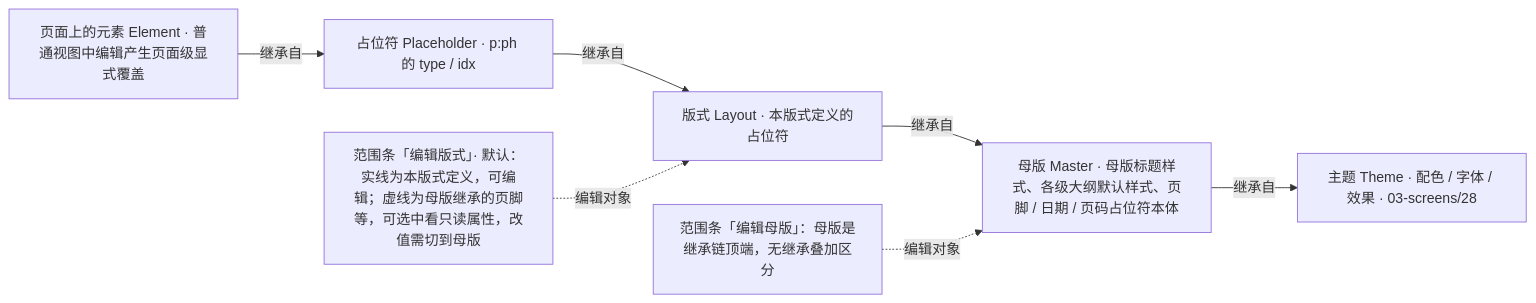
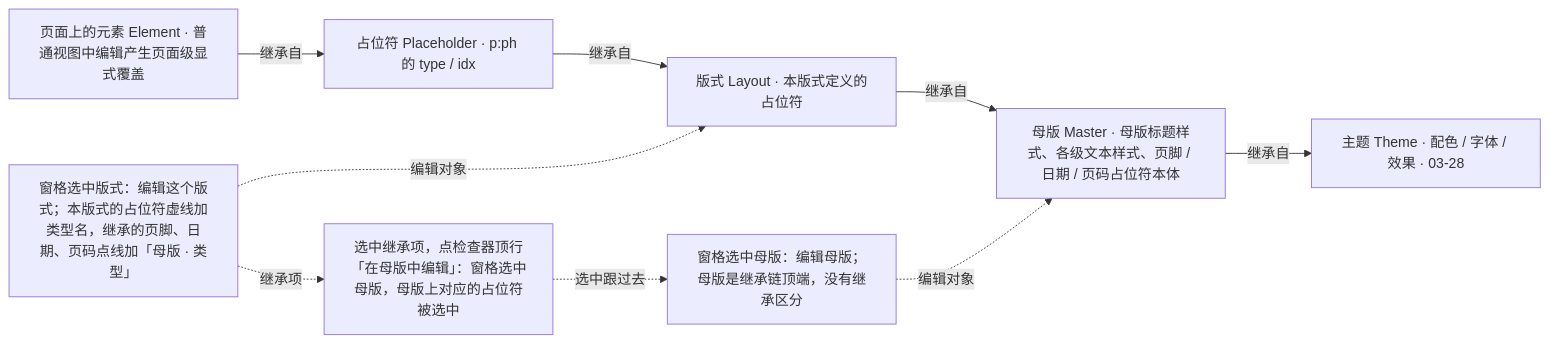
Before and after one commit to Xeonice/cordis-ppt-editor: the second of 3 diagrams in docs/20-design/03-screens/26-master-view-and-editing.md, drawn with Mermaid. The commit also changed other lines of this file and 44 other files, not shown here.

````diff
--- a/docs/20-design/03-screens/26-master-view-and-editing.md
+++ b/docs/20-design/03-screens/26-master-view-and-editing.md
@@ -152,13 +272,16 @@
 ```mermaid
 flowchart LR
   el["页面上的元素 Element · 普通视图中编辑产生页面级显式覆盖"]
   ph["占位符 Placeholder · p:ph 的 type / idx"]
   lay["版式 Layout · 本版式定义的占位符"]
-  mas["母版 Master · 母版标题样式、各级大纲默认样式、页脚 / 日期 / 页码占位符本体"]
-  thm["主题 Theme · 配色 / 字体 / 效果 · 03-screens/28"]
-  scopeL["范围条「编辑版式」· 默认：实线为本版式定义，可编辑；虚线为母版继承的页脚等，可选中看只读属性，改值需切到母版"]
-  scopeM["范围条「编辑母版」：母版是继承链顶端，无继承叠加区分"]
+  mas["母版 Master · 母版标题样式、各级文本样式、页脚 / 日期 / 页码占位符本体"]
+  thm["主题 Theme · 配色 / 字体 / 效果 · 03-28"]
+  pickL["窗格选中版式：编辑这个版式；本版式的占位符虚线加类型名，继承的页脚、日期、页码点线加「母版 · 类型」"]
+  pickM["窗格选中母版：编辑母版；母版是继承链顶端，没有继承区分"]
+  inh["选中继承项，点检查器顶行「在母版中编辑」：窗格选中母版，母版上对应的占位符被选中"]
   el -->|"继承自"| ph -->|"继承自"| lay -->|"继承自"| mas -->|"继承自"| thm
-  scopeL -.->|"编辑对象"| lay
-  scopeM -.->|"编辑对象"| mas
+  pickL -.->|"编辑对象"| lay
+  pickM -.->|"编辑对象"| mas
+  pickL -.->|"继承项"| inh
+  inh -.->|"选中跟过去"| pickM
 ```
````
